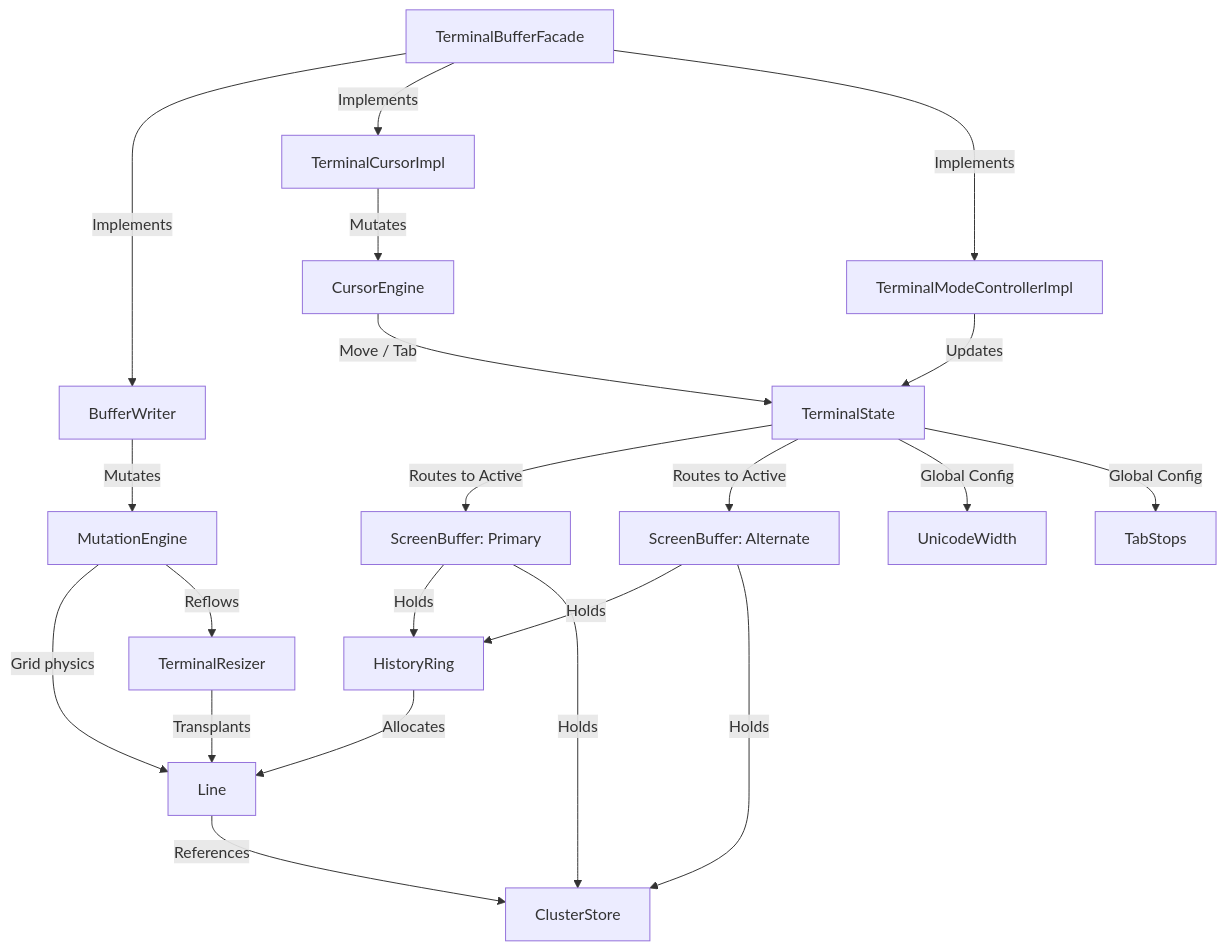
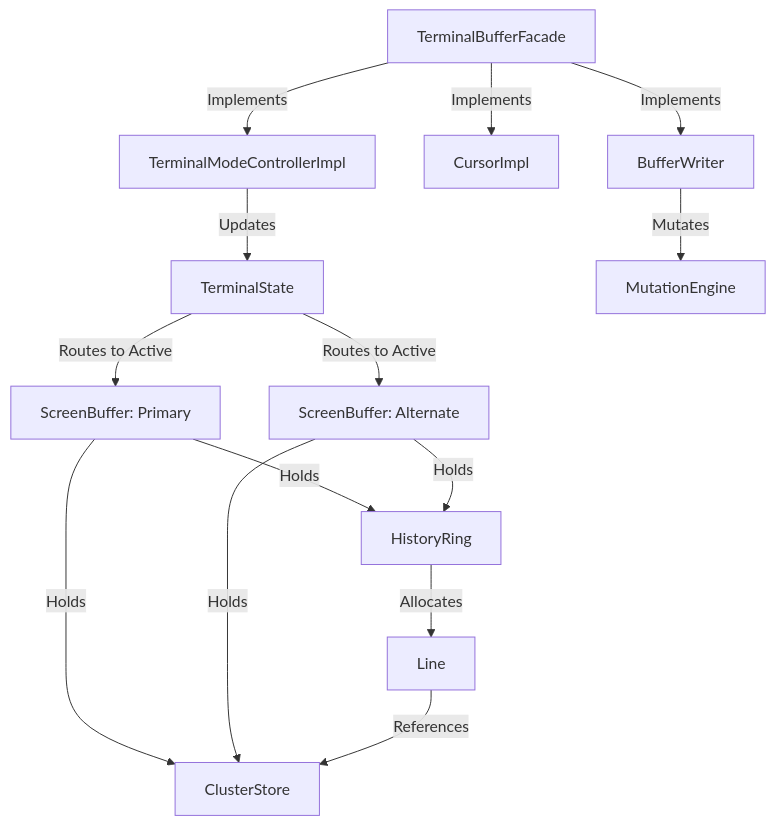
The diagram in jvterm-core/README.md (ketraterm/KetraTerm), drawn with Mermaid before and after one commit. The commit also changed other lines of this file and 29 other files, not shown here.

````diff
--- a/jvterm-core/README.md
+++ b/jvterm-core/README.md
@@ -19,51 +19,32 @@
 ```mermaid
 graph TD
-    %% Node definitions
     Facade[TerminalBufferFacade]
     Writer[BufferWriter]
-    Cursor[TerminalCursorImpl]
+    Cursor[CursorImpl]
     ModeCtrl[TerminalModeControllerImpl]
     State[TerminalState]
     Prim[ScreenBuffer: Primary]
     Alt[ScreenBuffer: Alternate]
     MutEng[MutationEngine]
-    CurEng[CursorEngine]
-    Resizer[TerminalResizer]
     Ring[HistoryRing]
     Store[ClusterStore]
     Line[Line]
-    Width[UnicodeWidth]
-    Tab[TabStops]
 
-    %% Coordination
     Facade -->|Implements| Writer
     Facade -->|Implements| Cursor
     Facade -->|Implements| ModeCtrl
 
-    %% Engines and Mutators
     Writer -->|Mutates| MutEng
-    Cursor -->|Mutates| CurEng
     ModeCtrl -->|Updates| State
 
-    %% State and Buffers
     State -->|Routes to Active| Prim
     State -->|Routes to Active| Alt
-    State -->|Global Config| Width
-    State -->|Global Config| Tab
 
-    %% ScreenBuffer contents
     Prim -->|Holds| Ring
     Prim -->|Holds| Store
     Alt -->|Holds| Ring
     Alt -->|Holds| Store
 
-    %% Line Storage
     Ring -->|Allocates| Line
     Line -->|References| Store
-
-    %% Spatial calculations
-    MutEng -->|Grid physics| Line
-    MutEng -->|Reflows| Resizer
-    CurEng -->|Move / Tab| State
-    Resizer -->|Transplants| Line
 ```
````
